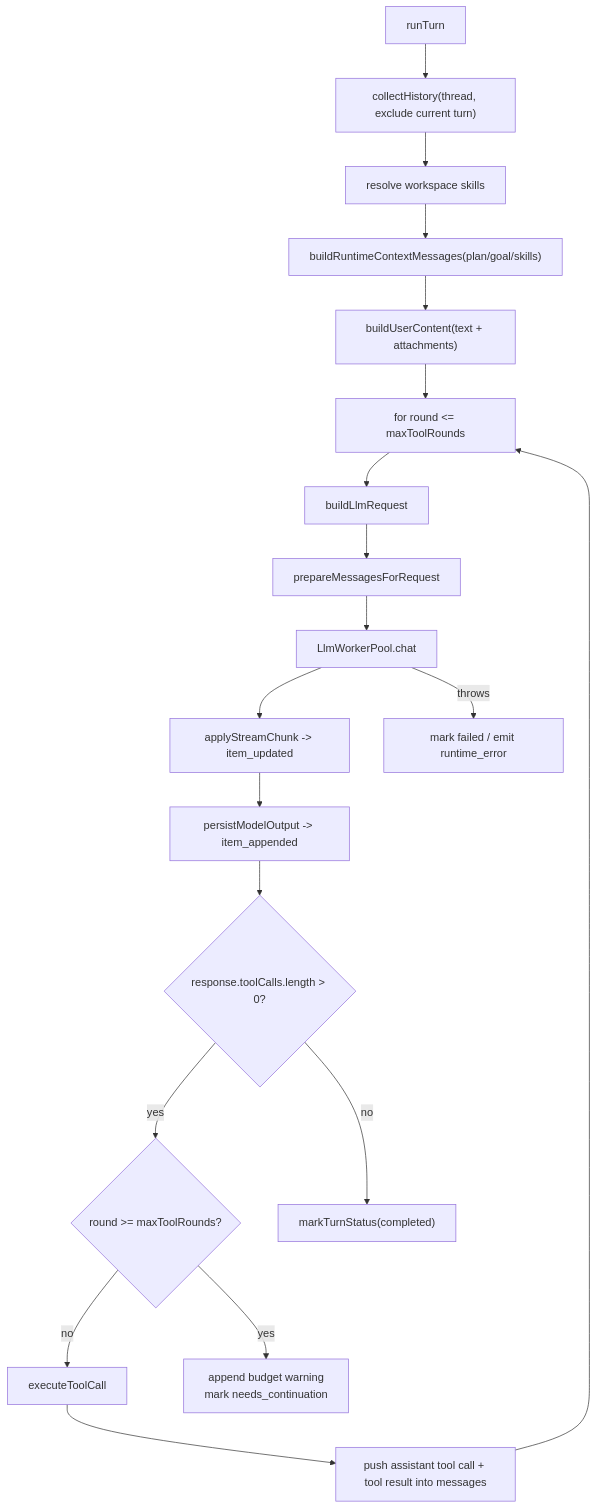
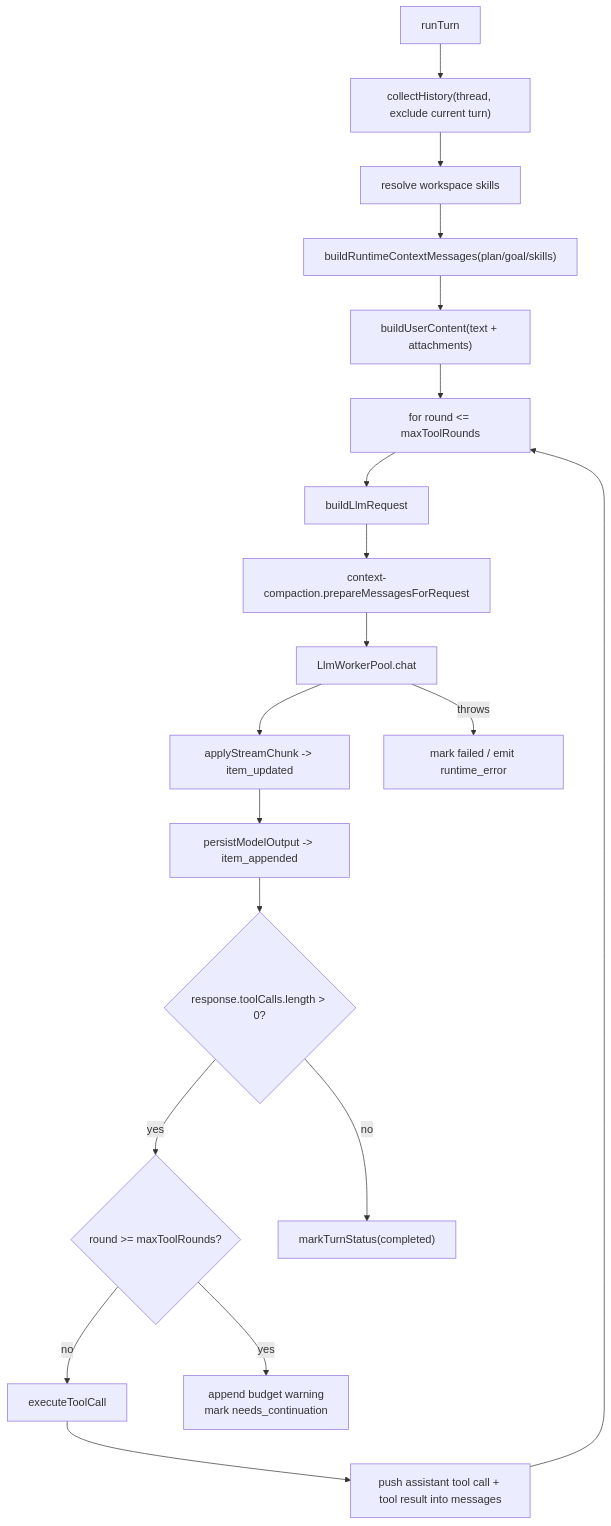
One commit to dp-sudo/agent-pyramid-desktop changed the third of 7 diagrams in docs/runtime-flow.md. Above: the diagram before and after it, drawn with Mermaid. The commit also changed other lines of this file and 12 other files, not shown here.

````diff
--- a/docs/runtime-flow.md
+++ b/docs/runtime-flow.md
@@ -164,29 +164,29 @@
 ```mermaid
 flowchart TD
   Start["runTurn"]
   History["collectHistory(thread, exclude current turn)"]
   Skills["resolve workspace skills"]
   Context["buildRuntimeContextMessages(plan/goal/skills)"]
   User["buildUserContent(text + attachments)"]
   Loop["for round <= maxToolRounds"]
   BuildReq["buildLlmRequest"]
-  Compact["prepareMessagesForRequest"]
+  Compact["context-compaction.prepareMessagesForRequest"]
   Chat["LlmWorkerPool.chat"]
   Stream["applyStreamChunk -> item_updated"]
   Persist["persistModelOutput -> item_appended"]
   ToolCheck{"response.toolCalls.length > 0?"}
   Budget{"round >= maxToolRounds?"}
   Execute["executeToolCall"]
   PushTool["push assistant tool call + tool result into messages"]
   Complete["markTurnStatus(completed)"]
   NeedsContinuation["append budget warning\nmark needs_continuation"]
   Failed["mark failed / emit runtime_error"]
 
   Start --> History --> Skills --> Context --> User --> Loop
   Loop --> BuildReq --> Compact --> Chat --> Stream --> Persist --> ToolCheck
   ToolCheck -- "no" --> Complete
   ToolCheck -- "yes" --> Budget
   Budget -- "yes" --> NeedsContinuation
   Budget -- "no" --> Execute --> PushTool --> Loop
   Chat -- "throws" --> Failed
 ```
````
